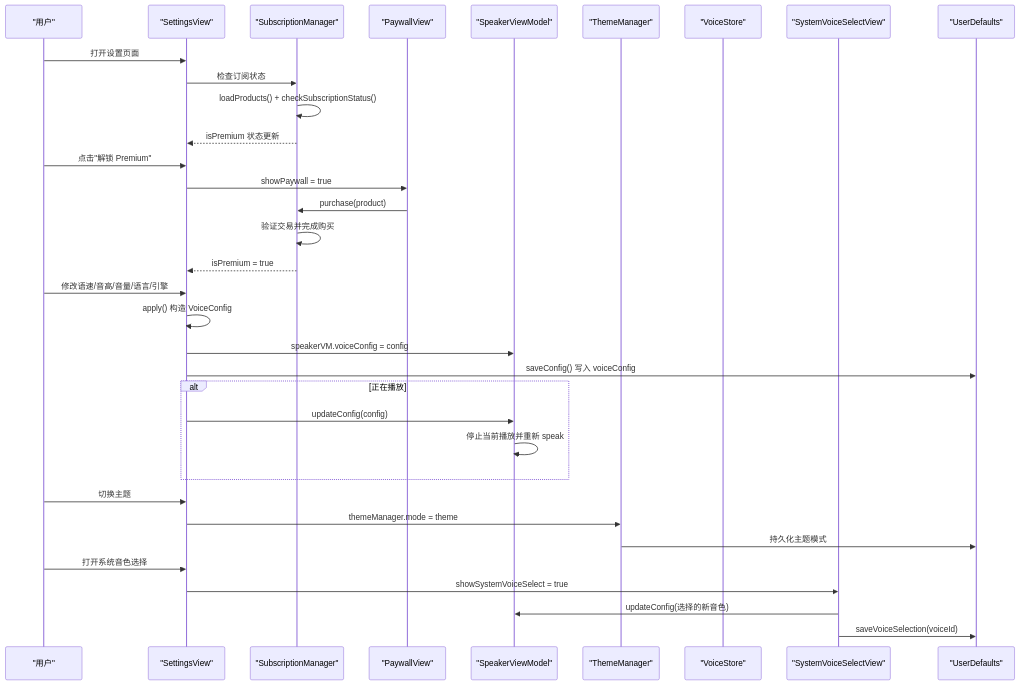
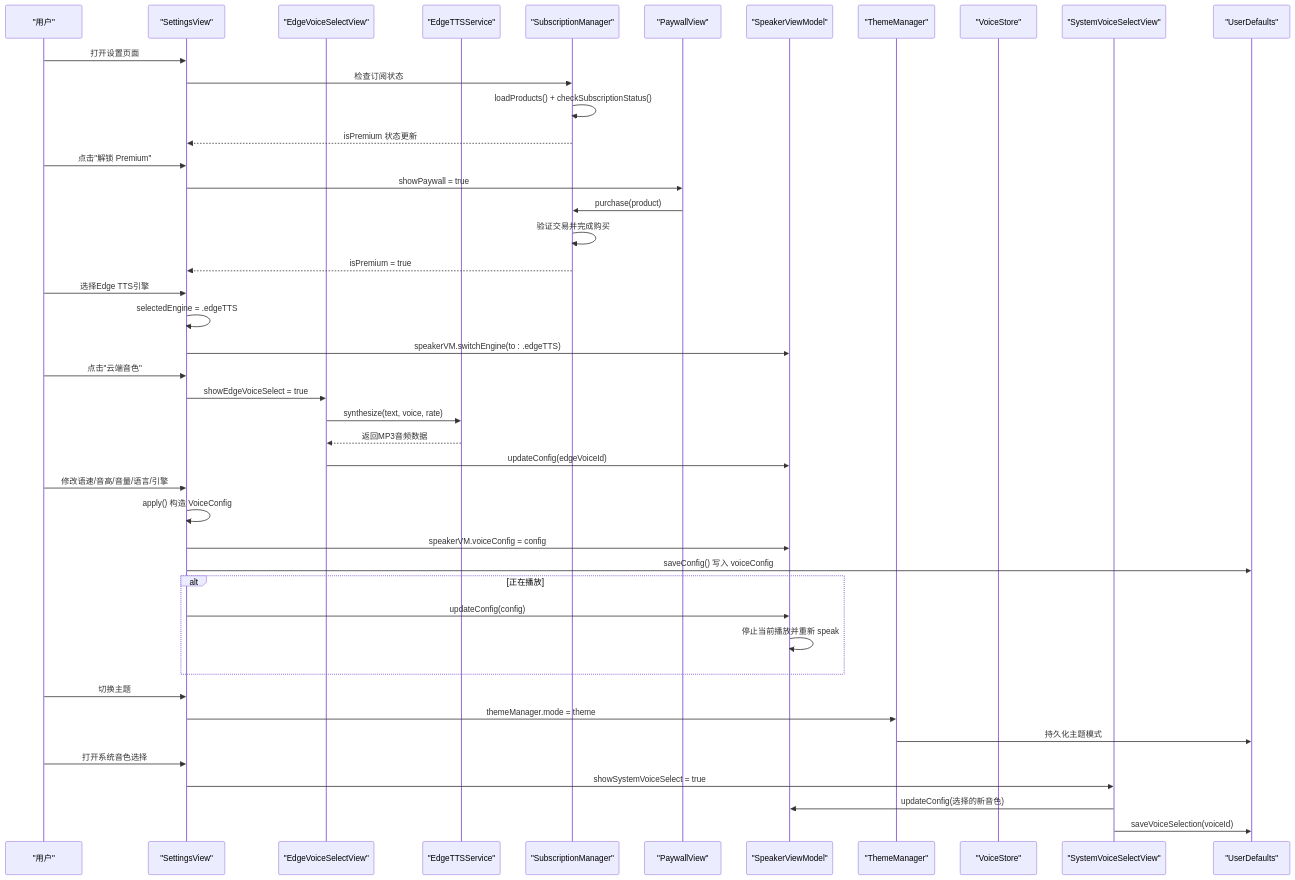
Before and after one commit to Primoguo/VoiceReader: the second of 13 diagrams in .qoder/repowiki/zh/content/用户界面设计/设置界面/设置界面.md, drawn with Mermaid. The commit also changed other lines of this file and 29 other files, not shown here.

````diff
--- a/.qoder/repowiki/zh/content/用户界面设计/设置界面/设置界面.md
+++ b/.qoder/repowiki/zh/content/用户界面设计/设置界面/设置界面.md
@@ -143,36 +162,46 @@
 ```mermaid
 sequenceDiagram
 participant U as "用户"
 participant S as "SettingsView"
+participant EVSV as "EdgeVoiceSelectView"
+participant ETS as "EdgeTTSService"
 participant SM as "SubscriptionManager"
 participant PV as "PaywallView"
 participant VM as "SpeakerViewModel"
 participant TM as "ThemeManager"
 participant VS as "VoiceStore"
 participant SVS as "SystemVoiceSelectView"
 participant UD as "UserDefaults"
 U->>S : 打开设置页面
 S->>SM : 检查订阅状态
 SM->>SM : loadProducts() + checkSubscriptionStatus()
 SM-->>S : isPremium 状态更新
 U->>S : 点击"解锁 Premium"
 S->>PV : showPaywall = true
 PV->>SM : purchase(product)
 SM->>SM : 验证交易并完成购买
 SM-->>S : isPremium = true
+U->>S : 选择Edge TTS引擎
+S->>S : selectedEngine = .edgeTTS
+S->>VM : speakerVM.switchEngine(to : .edgeTTS)
+U->>S : 点击"云端音色"
+S->>EVSV : showEdgeVoiceSelect = true
+EVSV->>ETS : synthesize(text, voice, rate)
+ETS-->>EVSV : 返回MP3音频数据
+EVSV->>VM : updateConfig(edgeVoiceId)
 U->>S : 修改语速/音高/音量/语言/引擎
 S->>S : apply() 构造 VoiceConfig
 S->>VM : speakerVM.voiceConfig = config
 S->>UD : saveConfig() 写入 voiceConfig
 alt 正在播放
 S->>VM : updateConfig(config)
 VM->>VM : 停止当前播放并重新 speak
 end
 U->>S : 切换主题
 S->>TM : themeManager.mode = theme
 TM->>UD : 持久化主题模式
 U->>S : 打开系统音色选择
 S->>SVS : showSystemVoiceSelect = true
 SVS->>VM : updateConfig(选择的新音色)
 SVS->>UD : saveVoiceSelection(voiceId)
 ```
````
